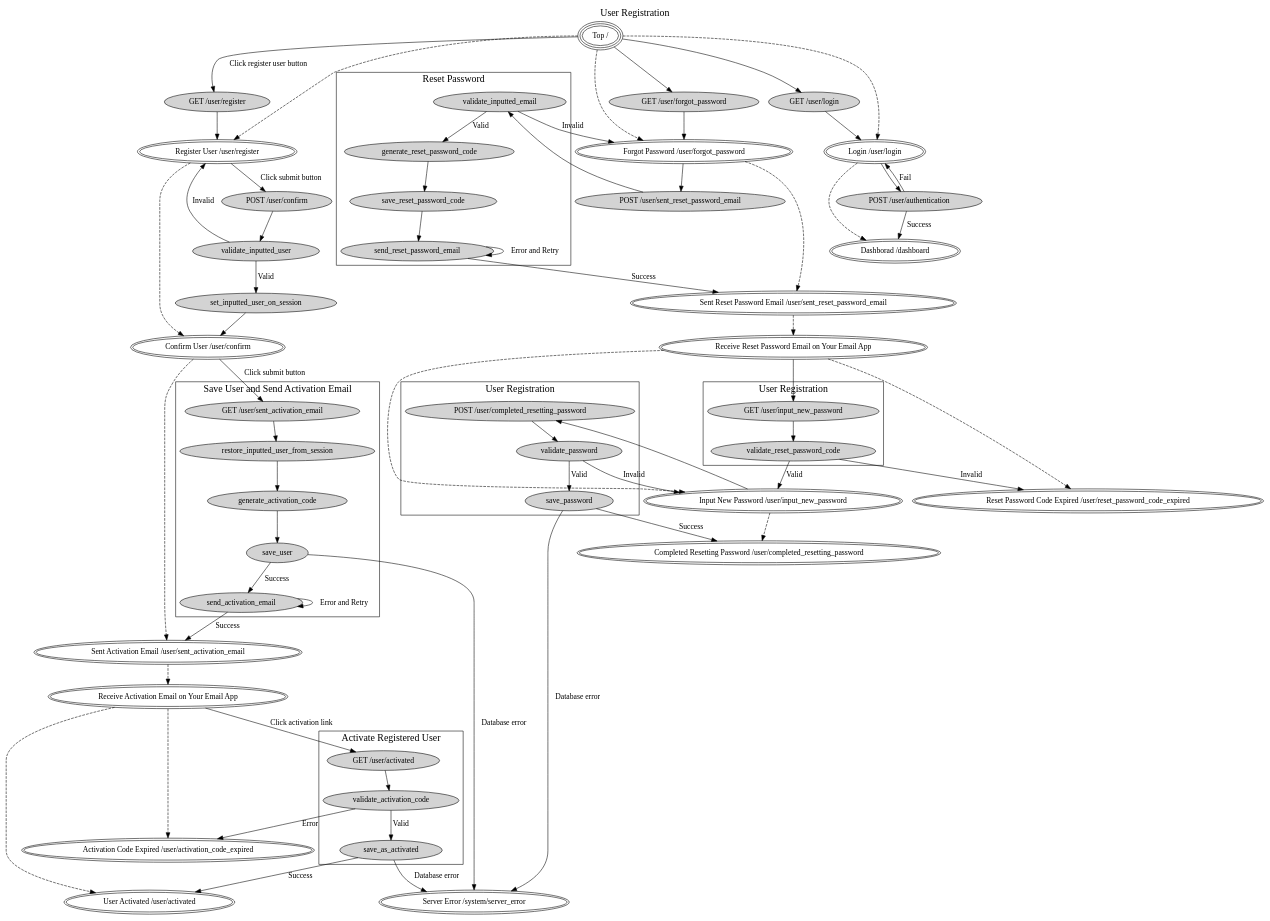
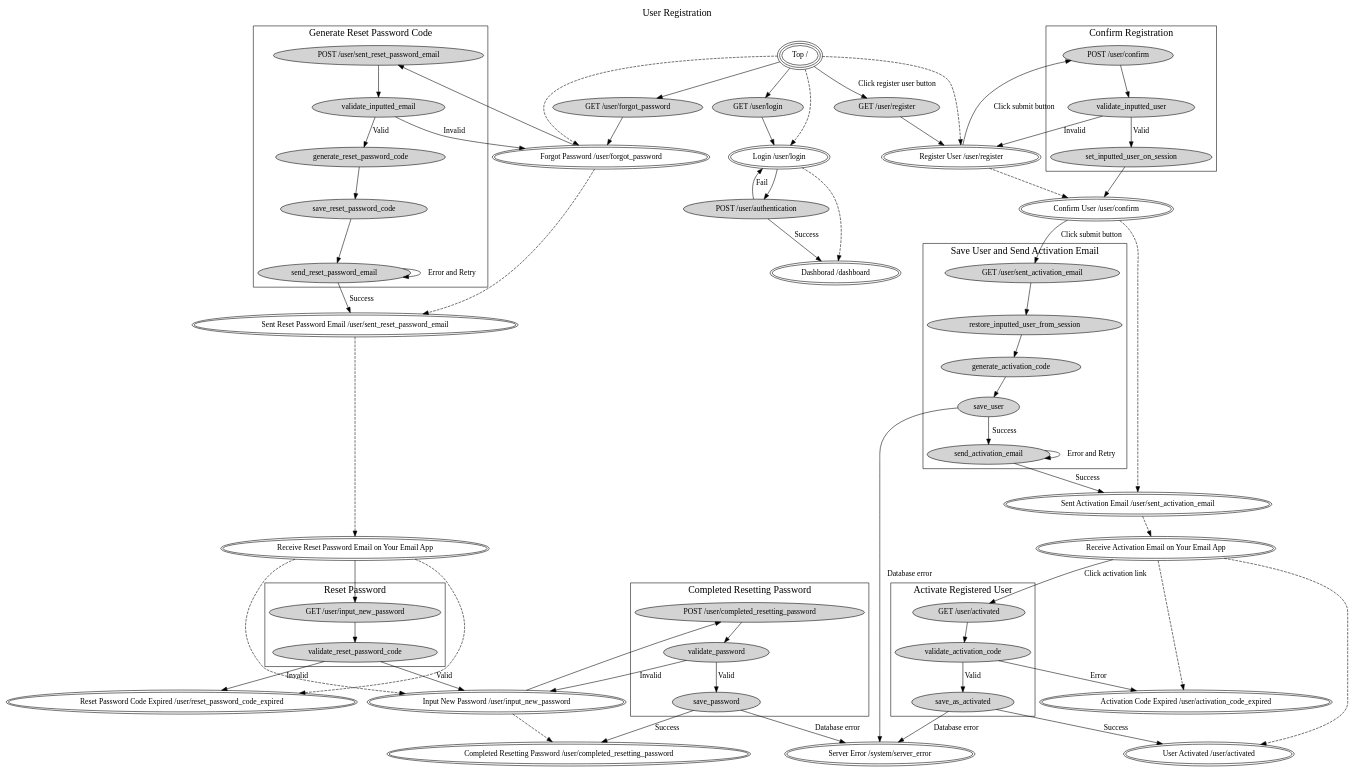
One commit to hideshi/diagrams changed the diagram in 01_registration.dot. Above: the diagram before and after it, drawn with Graphviz. The commit also changed 1 other file, not shown here.

Commit message:
Modified 01_registration

```diff
--- a/01_registration.dot
+++ b/01_registration.dot
@@ -1,143 +1,148 @@
 digraph registration{
     // Graph Settings
     graph[label="User Registration",labelloc=t,fontsize=18];
 
     // Define Views
     top_view[peripheries=3,label="Top /"];
 
     registration_view[peripheries=2,label="Register User /user/register"];
     confirm_view[peripheries=2,label="Confirm User /user/confirm"];
     sent_activation_email_view[peripheries=2,label="Sent Activation Email /user/sent_activation_email"];
     email_activation_view[peripheries=2,label="Receive Activation Email on Your Email App"];
     activated_view[peripheries=2,label="User Activated /user/activated"];
     activation_code_expired_view[peripheries=2,label="Activation Code Expired /user/activation_code_expired"];
 
     forgot_password_view[peripheries=2,label="Forgot Password /user/forgot_password"];
     sent_reset_password_email_view[peripheries=2,label="Sent Reset Password Email /user/sent_reset_password_email"];
     email_reset_password_view[peripheries=2,label="Receive Reset Password Email on Your Email App"];
     input_new_password[peripheries=2,label="Input New Password /user/input_new_password"];
     reset_password_code_expired_view[peripheries=2,label="Reset Password Code Expired /user/reset_password_code_expired"];
     completed_resetting_password[peripheries=2,label="Completed Resetting Password /user/completed_resetting_password"];
 
     login_view[peripheries=2,label="Login /user/login"];
 
     dashboard_view[peripheries=2,label="Dashborad /dashboard"];
 
     server_error[peripheries=2,label="Server Error /system/server_error"];
 
     // Define Screen Transitions
     top_view->registration_view[style=dashed];
     registration_view->confirm_view[style=dashed];
     confirm_view->sent_activation_email_view[style=dashed];
     sent_activation_email_view->email_activation_view[style=dashed];
     email_activation_view->activated_view[style=dashed];
     email_activation_view->activation_code_expired_view[style=dashed];
 
     top_view->forgot_password_view[style=dashed];
     forgot_password_view->sent_reset_password_email_view[style=dashed];
     sent_reset_password_email_view->email_reset_password_view[style=dashed];
     email_reset_password_view->input_new_password[style=dashed];
     email_reset_password_view->reset_password_code_expired_view[style=dashed];
     input_new_password->completed_resetting_password[style=dashed];
 
     top_view->login_view[style=dashed];
     login_view->dashboard_view[style=dashed];
 
     // Define Styles of Server Side Processes
     // Register User and Activate
     "GET /user/register"[style=filled];
     "POST /user/confirm"[style=filled];
     validate_inputted_user[style=filled];
     set_inputted_user_on_session[style=filled];
     "GET /user/sent_activation_email"[style=filled];
     restore_inputted_user_from_session[style=filled];
     generate_activation_code[style=filled];
     save_user[style=filled];
     send_activation_email[style=filled];
     save_as_activated[style=filled];
     "GET /user/activated"[style=filled];
     validate_activation_code[style=filled];
 
     // Reset Password
     "GET /user/forgot_password"[style=filled];
     validate_inputted_email[style=filled];
     generate_reset_password_code[style=filled];
     save_reset_password_code[style=filled];
     send_reset_password_email[style=filled];
     validate_reset_password_code[style=filled];
     validate_password[style=filled];
     save_password[style=filled];
     "POST /user/sent_reset_password_email"[style=filled];
     "GET /user/input_new_password"[style=filled];
     "POST /user/completed_resetting_password"[style=filled];
 
     // Login
     "GET /user/login"[style=filled];
     "POST /user/authentication"[style=filled];
 
     // Define Server Side Processes
     // Register User and Activate
     top_view->"GET /user/register"[label="Click register user button"];
     "GET /user/register"->registration_view;
     registration_view->"POST /user/confirm"[label="Click submit button"];
-    "POST /user/confirm"->validate_inputted_user;
-    validate_inputted_user->set_inputted_user_on_session[label="Valid"];
+    subgraph cluster_confirm_registration {
+        label="Confirm Registration";
+        "POST /user/confirm"->validate_inputted_user;
+        validate_inputted_user->set_inputted_user_on_session[label="Valid"];
+    }
     validate_inputted_user->registration_view[label="Invalid"];
     set_inputted_user_on_session->confirm_view;
     confirm_view->"GET /user/sent_activation_email"[label="Click submit button"];
     subgraph cluster_register_user {
         label="Save User and Send Activation Email";
         "GET /user/sent_activation_email"->restore_inputted_user_from_session;
         restore_inputted_user_from_session->generate_activation_code
         generate_activation_code->save_user;
         send_activation_email->send_activation_email[label="Error and Retry"];
     }
     save_user->send_activation_email[label="Success"];
     save_user->server_error[label="Database error"];
     send_activation_email->sent_activation_email_view[label="Success"];
     email_activation_view->"GET /user/activated"[label="Click activation link"];
     subgraph cluster_activate {
         label="Activate Registered User";
         "GET /user/activated"->validate_activation_code;
         validate_activation_code->save_as_activated[label="Valid"];
     }
     validate_activation_code->activation_code_expired_view[label="Error"];
     save_as_activated->activated_view[label="Success"];
     save_as_activated->server_error[label="Database error"];
 
     // Reset Password
     top_view->"GET /user/forgot_password";
     "GET /user/forgot_password"->forgot_password_view;
     forgot_password_view->"POST /user/sent_reset_password_email";
-    "POST /user/sent_reset_password_email"->validate_inputted_email;
     subgraph cluster_generate_reset_password_code {
-        label="Reset Password";
+        label="Generate Reset Password Code";
+        "POST /user/sent_reset_password_email"->validate_inputted_email;
         validate_inputted_email->generate_reset_password_code[label="Valid"];
         generate_reset_password_code->save_reset_password_code;
         save_reset_password_code->send_reset_password_email;
     }
     validate_inputted_email->forgot_password_view[label="Invalid"];
     send_reset_password_email->sent_reset_password_email_view[label="Success"];
     send_reset_password_email->send_reset_password_email[label="Error and Retry"];
     email_reset_password_view->"GET /user/input_new_password";
     subgraph cluster_reset_password {
+        label="Reset Password";
         "GET /user/input_new_password"->validate_reset_password_code
     }
     validate_reset_password_code->input_new_password[label="Valid"];
     validate_reset_password_code->reset_password_code_expired_view[label="Invalid"];
     input_new_password->"POST /user/completed_resetting_password";
     subgraph cluster_completed_resetting_password {
+        label="Completed Resetting Password";
         "POST /user/completed_resetting_password"->validate_password;
         validate_password->save_password[label="Valid"];
     }
     validate_password->input_new_password[label="Invalid"];
     save_password->completed_resetting_password[label="Success"];
     save_password->server_error[label="Database error"];
 
     // Login
     top_view->"GET /user/login";
     "GET /user/login"->login_view;
     login_view->"POST /user/authentication";
     "POST /user/authentication"->dashboard_view[label="Success"];
     "POST /user/authentication"->login_view[label="Fail"];
 }
```
